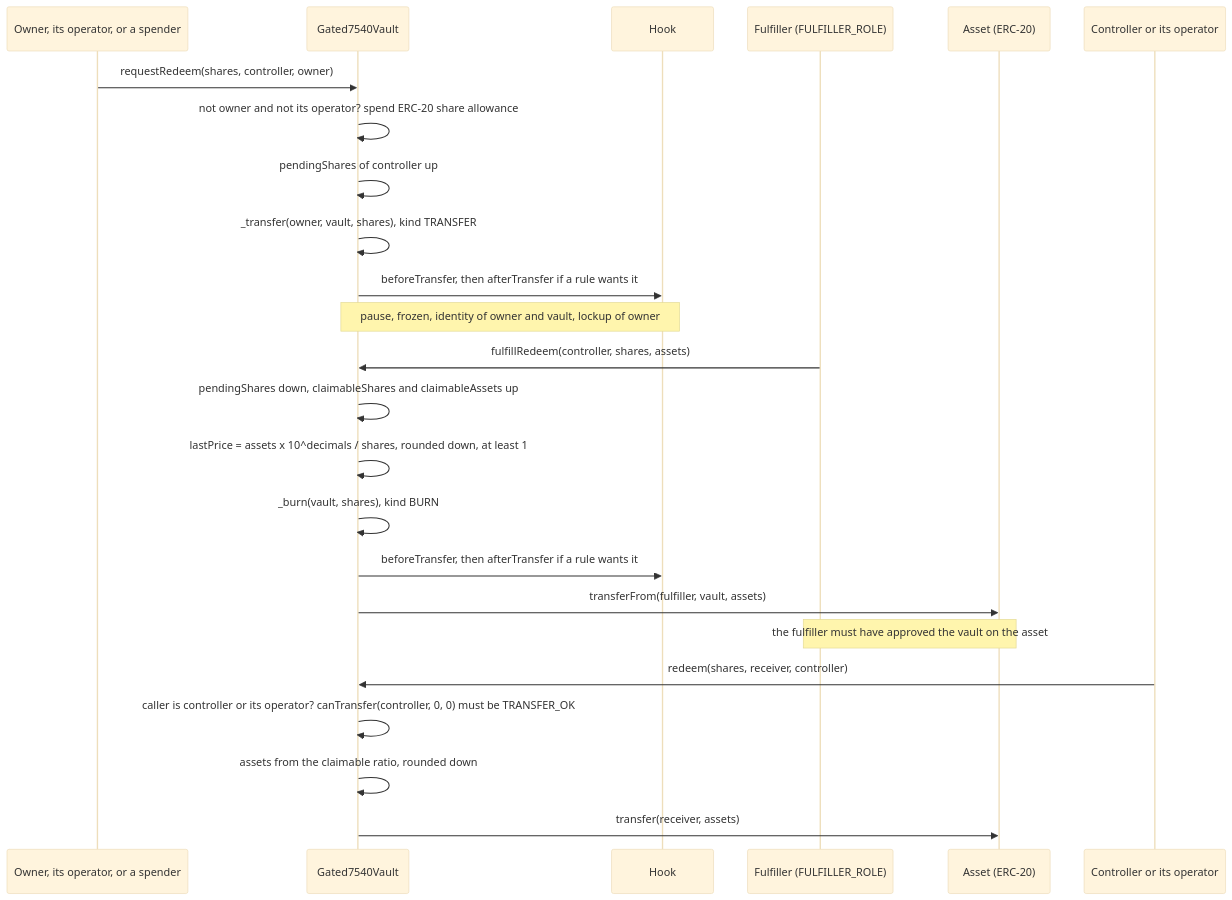
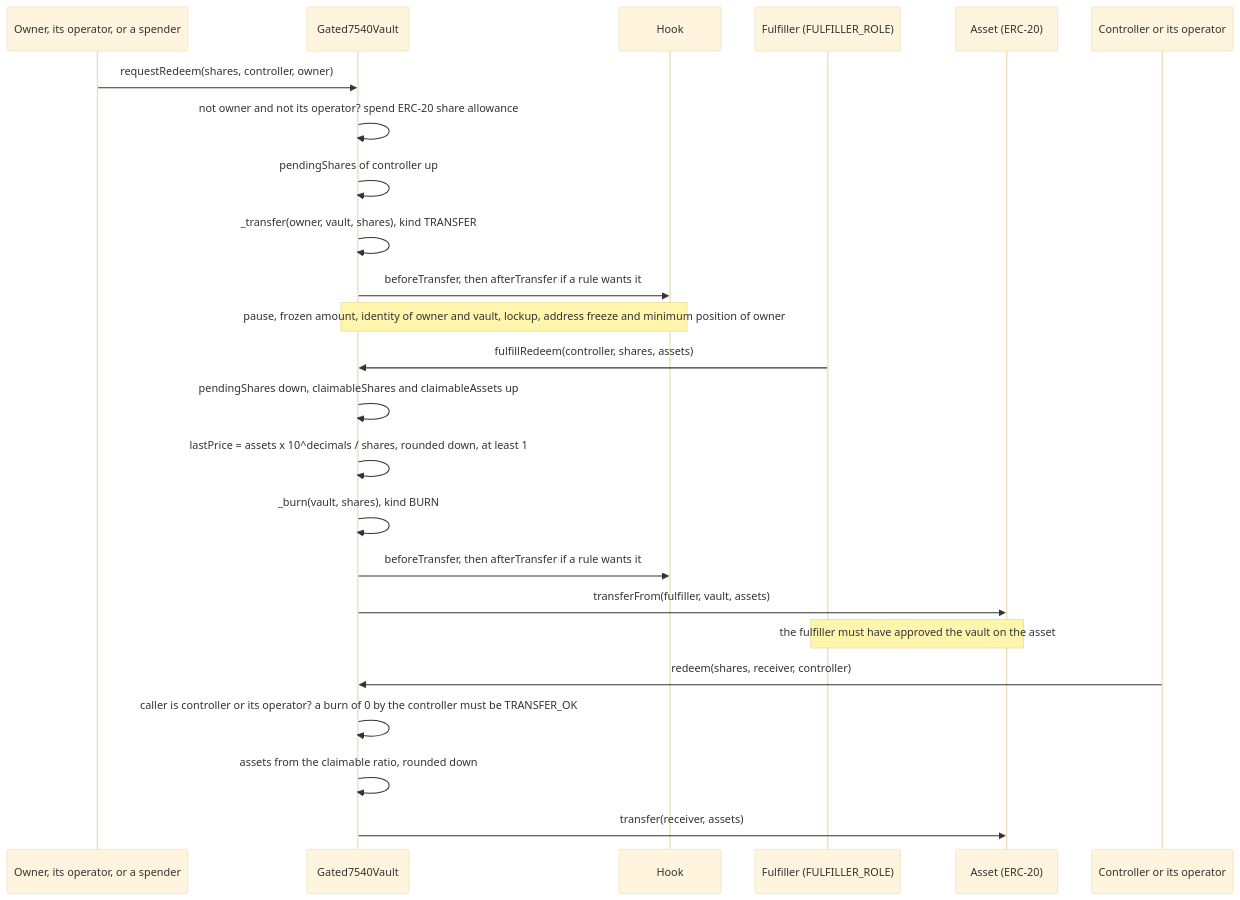
Before and after one commit to fepvenancio/rwa-token: the fourth of 6 diagrams in docs/flows-vaults.md, drawn with Mermaid (base theme). The commit also changed other lines of this file and 13 other files, not shown here.

````diff
--- a/docs/flows-vaults.md
+++ b/docs/flows-vaults.md
@@ -145,29 +153,29 @@
 ```mermaid
 sequenceDiagram
   participant O as Owner, its operator, or a spender
   participant V as Gated7540Vault
   participant H as Hook
   participant F as Fulfiller (FULFILLER_ROLE)
   participant A as Asset (ERC-20)
   participant K as Controller or its operator
 
   O->>V: requestRedeem(shares, controller, owner)
   V->>V: not owner and not its operator? spend ERC-20 share allowance
   V->>V: pendingShares of controller up
   V->>V: _transfer(owner, vault, shares), kind TRANSFER
   V->>H: beforeTransfer, then afterTransfer if a rule wants it
-  Note over V,H: pause, frozen, identity of owner and vault, lockup of owner
+  Note over V,H: pause, frozen amount, identity of owner and vault, lockup, address freeze and minimum position of owner
 
   F->>V: fulfillRedeem(controller, shares, assets)
   V->>V: pendingShares down, claimableShares and claimableAssets up
   V->>V: lastPrice = assets x 10^decimals / shares, rounded down, at least 1
   V->>V: _burn(vault, shares), kind BURN
   V->>H: beforeTransfer, then afterTransfer if a rule wants it
   V->>A: transferFrom(fulfiller, vault, assets)
   Note over F,A: the fulfiller must have approved the vault on the asset
 
   K->>V: redeem(shares, receiver, controller)
-  V->>V: caller is controller or its operator? canTransfer(controller, 0, 0) must be TRANSFER_OK
+  V->>V: caller is controller or its operator? a burn of 0 by the controller must be TRANSFER_OK
   V->>V: assets from the claimable ratio, rounded down
   V->>A: transfer(receiver, assets)
 ```
````
